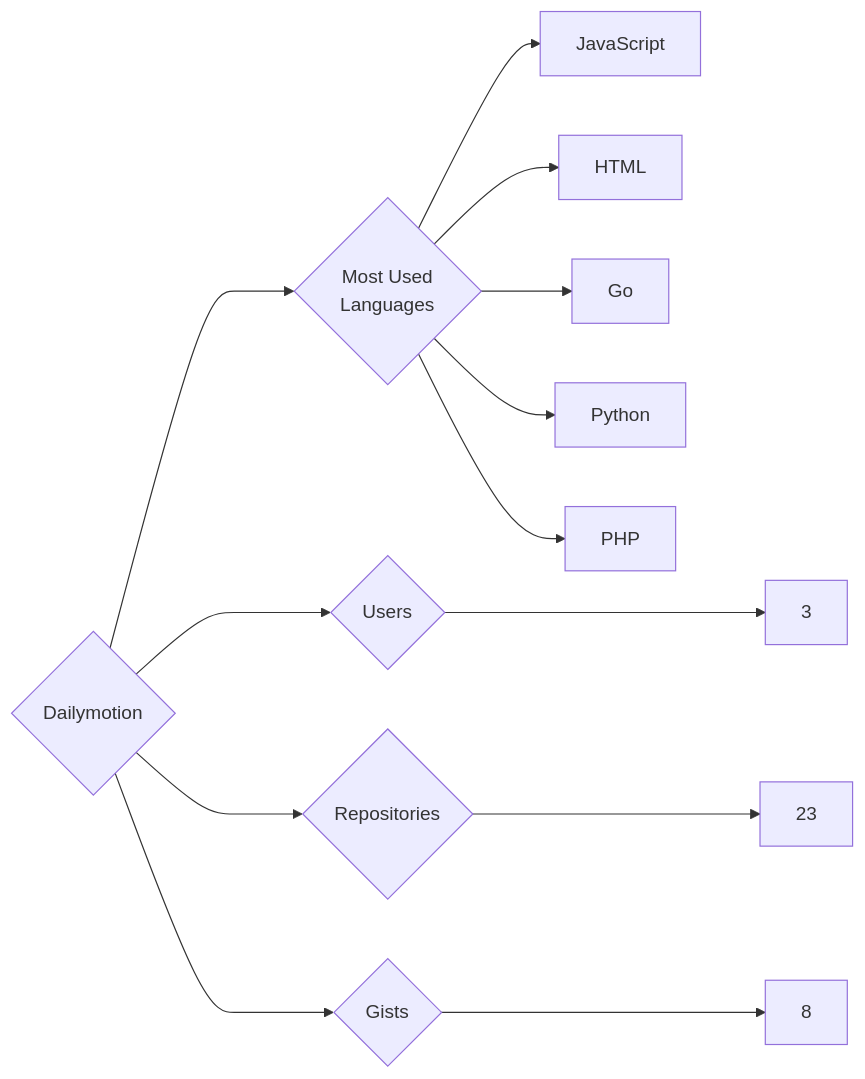
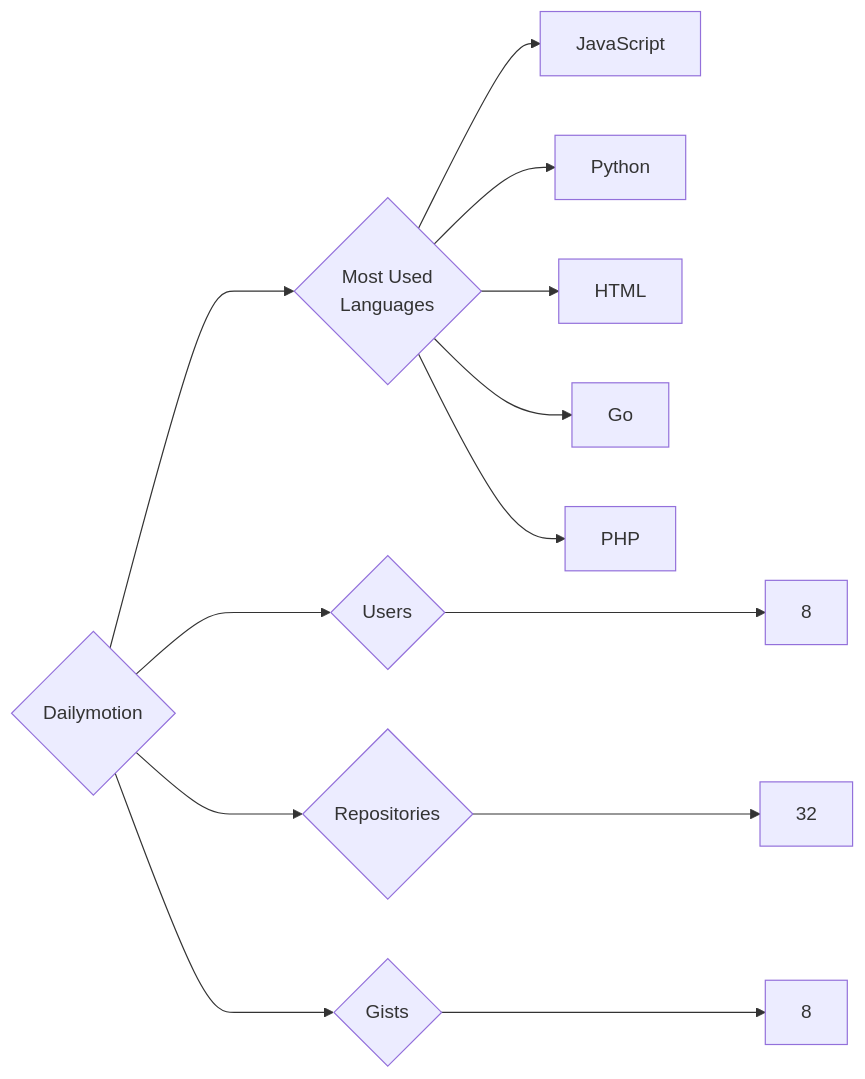
The diagram in targets/Dailymotion/README.md (trickest/insiders), drawn with Mermaid before and after one commit. The commit also changed 644 other files, not shown here.

````diff
--- a/targets/Dailymotion/README.md
+++ b/targets/Dailymotion/README.md
@@ -3,13 +3,13 @@
 ```mermaid
 graph LR
 COMPANY_NAME{Dailymotion}
-COMPANY_NAME ---> U{Users} ---> UN[3]
-COMPANY_NAME ---> R{Repositories} ---> RN[23]
+COMPANY_NAME ---> U{Users} ---> UN[8]
+COMPANY_NAME ---> R{Repositories} ---> RN[32]
 COMPANY_NAME ---> G{Gists} ---> GN[8]
 COMPANY_NAME ---> ML{Most Used<br>Languages}
 ML --> JavaScript[JavaScript]
+ML --> Python[Python]
 ML --> HTML[HTML]
 ML --> Go[Go]
-ML --> Python[Python]
 ML --> PHP[PHP]
 ```
````
